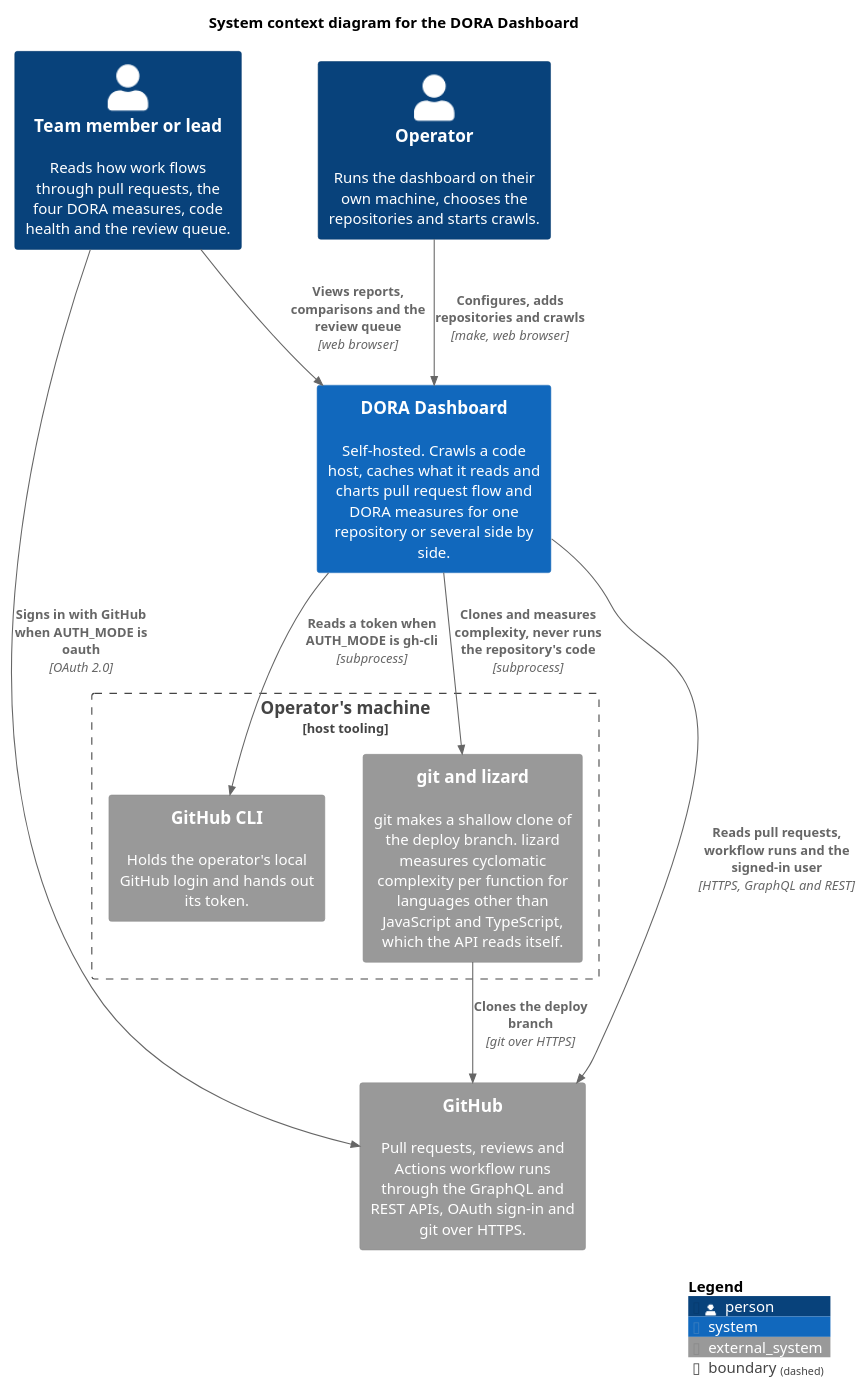
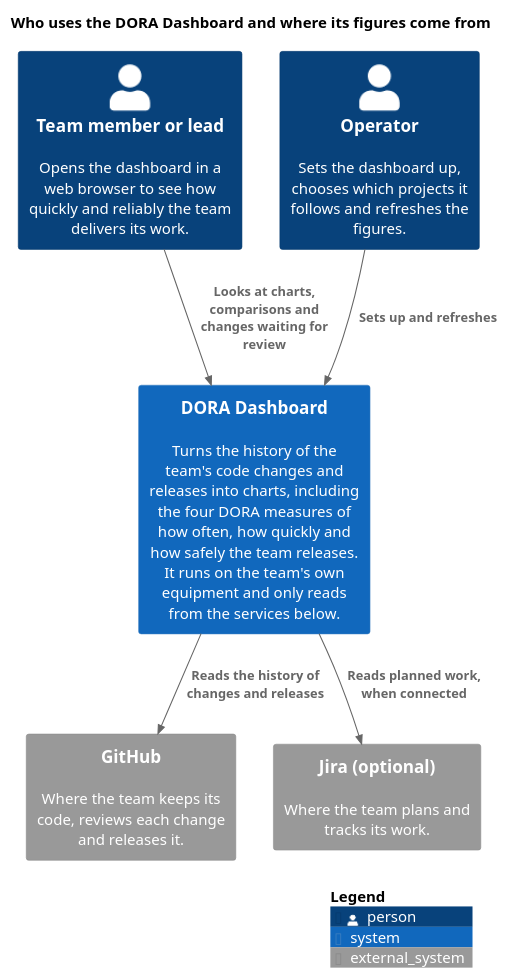
Before and after one commit to vfarah-if/dora-dashboard: the diagram in docs/diagrams/c4-system-context.puml, drawn with PlantUML. The commit also changed 1 other file, not shown here.

Commit message:
fix: fixed complicated system diagram

```diff
--- a/docs/diagrams/c4-system-context.puml
+++ b/docs/diagrams/c4-system-context.puml
@@ -1,33 +1,27 @@
 @startuml c4-system-context
-' C4 level 1: who uses the DORA Dashboard and which systems it depends on.
+' C4 level 1, written for a non-technical reader: who uses the DORA Dashboard and where its figures come from.
+' The tools it runs, the protocols and the sign-in modes belong in c4-container.puml, not here.
 ' Uses the C4-PlantUML library bundled with PlantUML, so it renders offline.
 !include <C4/C4_Context>
 
 LAYOUT_TOP_DOWN()
-LAYOUT_WITH_LEGEND()
+HIDE_STEREOTYPE()
 
-title System context diagram for the DORA Dashboard
+title Who uses the DORA Dashboard and where its figures come from
 
-Person(reader, "Team member or lead", "Reads how work flows through pull requests, the four DORA measures, code health and the review queue.")
-Person(operator, "Operator", "Runs the dashboard on their own machine, chooses the repositories and starts crawls.")
+Person(reader, "Team member or lead", "Opens the dashboard in a web browser to see how quickly and reliably the team delivers its work.")
+Person(operator, "Operator", "Sets the dashboard up, chooses which projects it follows and refreshes the figures.")
 
-System(dashboard, "DORA Dashboard", "Self-hosted. Crawls a code host, caches what it reads and charts pull request flow and DORA measures for one repository or several side by side.")
+System(dashboard, "DORA Dashboard", "Turns the history of the team's code changes and releases into charts, including the four DORA measures of how often, how quickly and how safely the team releases. It runs on the team's own equipment and only reads from the services below.")
 
-System_Ext(github, "GitHub", "Pull requests, reviews and Actions workflow runs through the GraphQL and REST APIs, OAuth sign-in and git over HTTPS.")
+System_Ext(github, "GitHub", "Where the team keeps its code, reviews each change and releases it.")
+System_Ext(jira, "Jira (optional)", "Where the team plans and tracks its work.")
 
-Boundary(host, "Operator's machine", "host tooling") {
-  System_Ext(ghcli, "GitHub CLI", "Holds the operator's local GitHub login and hands out its token.")
-  System_Ext(tooling, "git and lizard", "git makes a shallow clone of the deploy branch. lizard measures cyclomatic complexity per function for languages other than JavaScript and TypeScript, which the API reads itself.")
-}
+Rel(reader, dashboard, "Looks at charts, comparisons and changes waiting for review")
+Rel(operator, dashboard, "Sets up and refreshes")
 
-Rel(reader, dashboard, "Views reports, comparisons and the review queue", "web browser")
-Rel(operator, dashboard, "Configures, adds repositories and crawls", "make, web browser")
-
-Rel(dashboard, github, "Reads pull requests, workflow runs and the signed-in user", "HTTPS, GraphQL and REST")
-Rel(reader, github, "Signs in with GitHub when AUTH_MODE is oauth", "OAuth 2.0")
-Rel(dashboard, ghcli, "Reads a token when AUTH_MODE is gh-cli", "subprocess")
-Rel(dashboard, tooling, "Clones and measures complexity, never runs the repository's code", "subprocess")
-Rel(tooling, github, "Clones the deploy branch", "git over HTTPS")
+Rel(dashboard, github, "Reads the history of changes and releases")
+Rel(dashboard, jira, "Reads planned work, when connected")
 
 SHOW_LEGEND()
 @enduml
```
